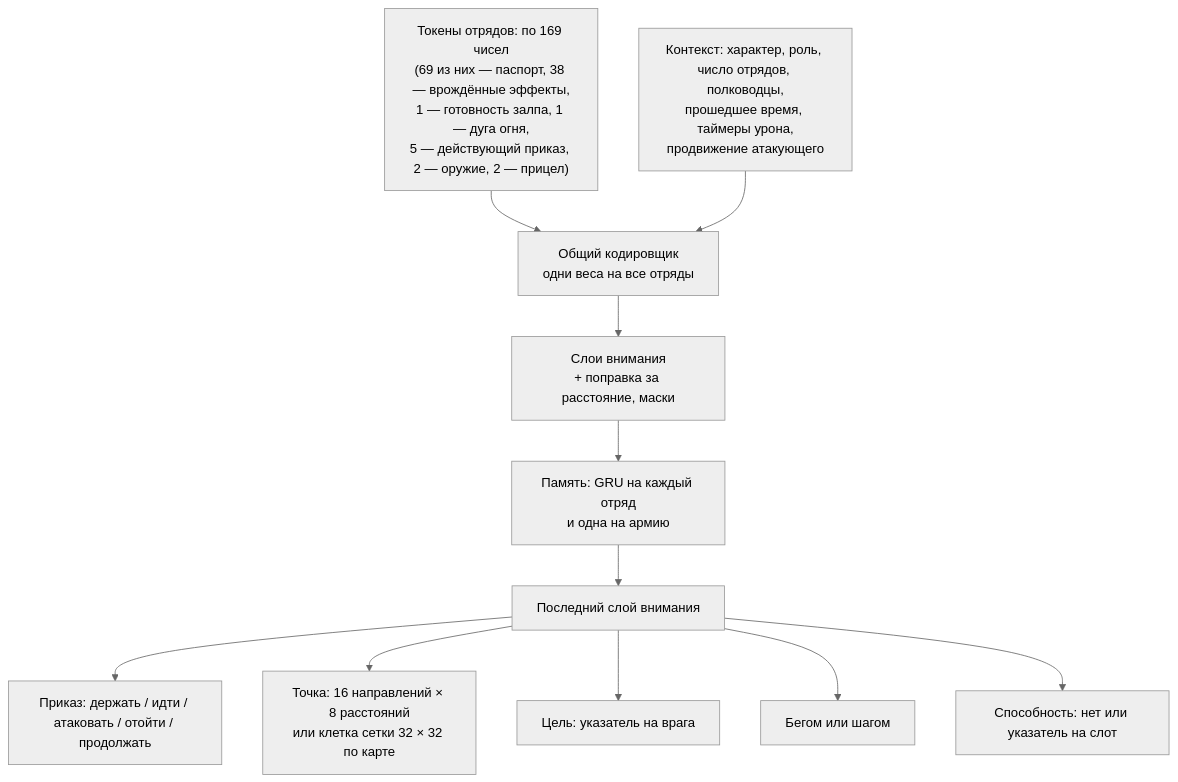
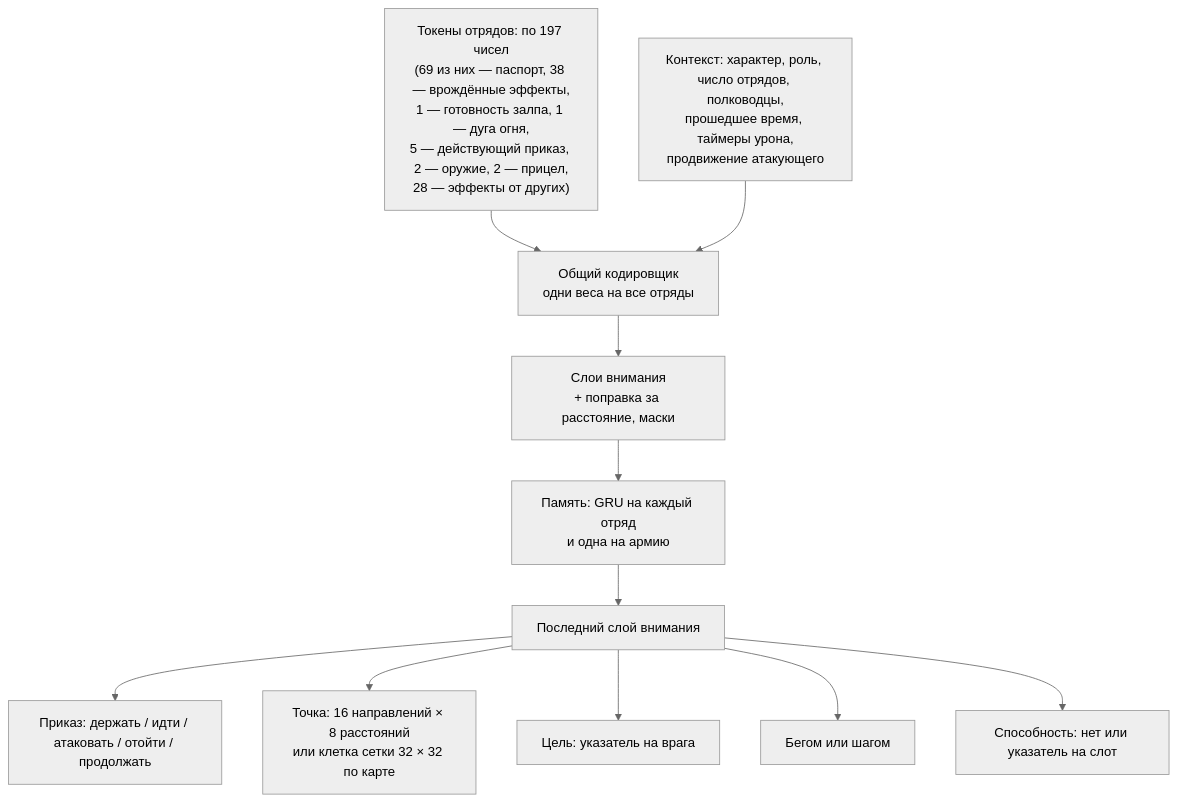
One commit to DimaZero7/TWW3-batle-ai changed the second of 3 diagrams in docs/ru/training/model.md. Above: the diagram before and after it, drawn with Mermaid (neutral theme). The commit also changed other lines of this file and 33 other files, not shown here.

````diff
--- a/docs/ru/training/model.md
+++ b/docs/ru/training/model.md
@@ -296,13 +328,13 @@
 ```mermaid
 flowchart TB
-  tok["Токены отрядов: по 169 чисел<br/>(69 из них — паспорт, 38 — врождённые эффекты,<br/>1 — готовность залпа, 1 — дуга огня,<br/>5 — действующий приказ, 2 — оружие, 2 — прицел)"] --> enc["Общий кодировщик<br/>одни веса на все отряды"]
+  tok["Токены отрядов: по 197 чисел<br/>(69 из них — паспорт, 38 — врождённые эффекты,<br/>1 — готовность залпа, 1 — дуга огня,<br/>5 — действующий приказ, 2 — оружие, 2 — прицел,<br/>28 — эффекты от других)"] --> enc["Общий кодировщик<br/>одни веса на все отряды"]
   ctx["Контекст: характер, роль, число отрядов, полководцы,<br/>прошедшее время, таймеры урона,<br/>продвижение атакующего"] --> enc
   enc --> att["Слои внимания<br/>+ поправка за расстояние, маски"]
   att --> gru["Память: GRU на каждый отряд<br/>и одна на армию"]
   gru --> last["Последний слой внимания"]
   last --> kind["Приказ: держать / идти / атаковать / отойти / продолжать"]
   last --> point["Точка: 16 направлений × 8 расстояний<br/>или клетка сетки 32 × 32 по карте"]
   last --> ptr["Цель: указатель на врага"]
   last --> run["Бегом или шагом"]
   last --> abil["Способность: нет или указатель на слот"]
 ```
````
